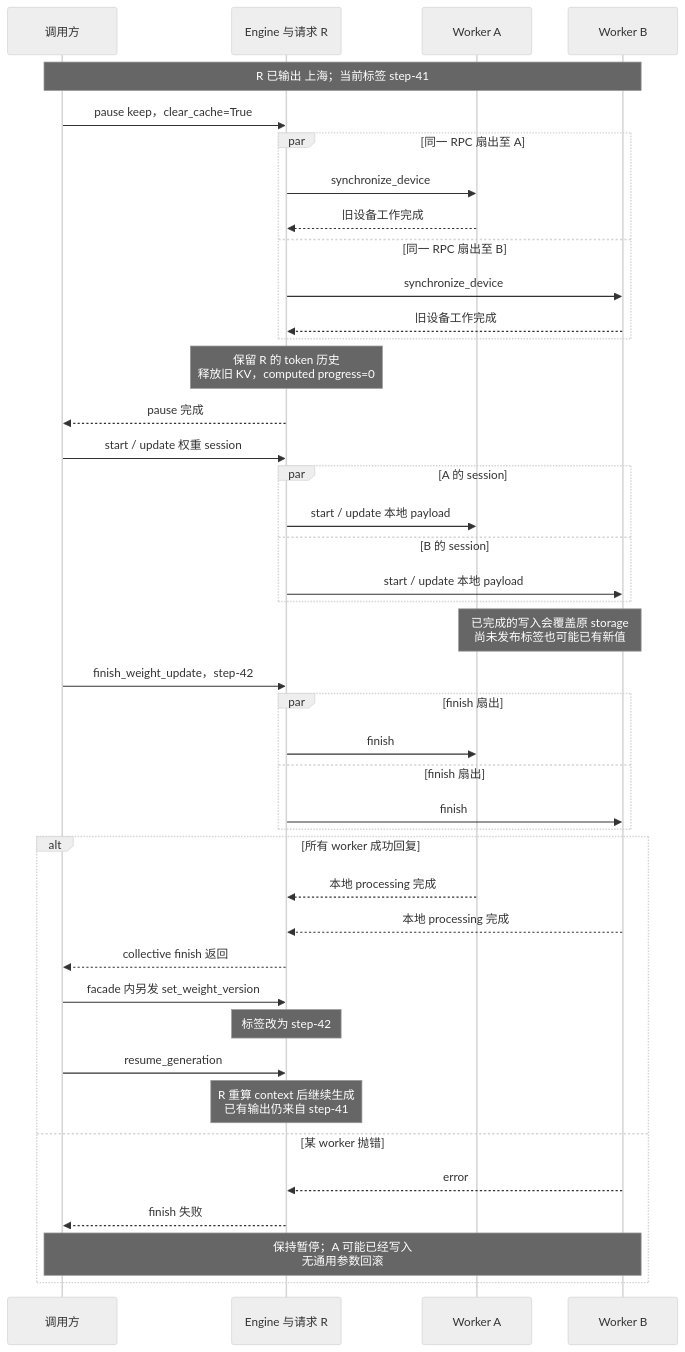
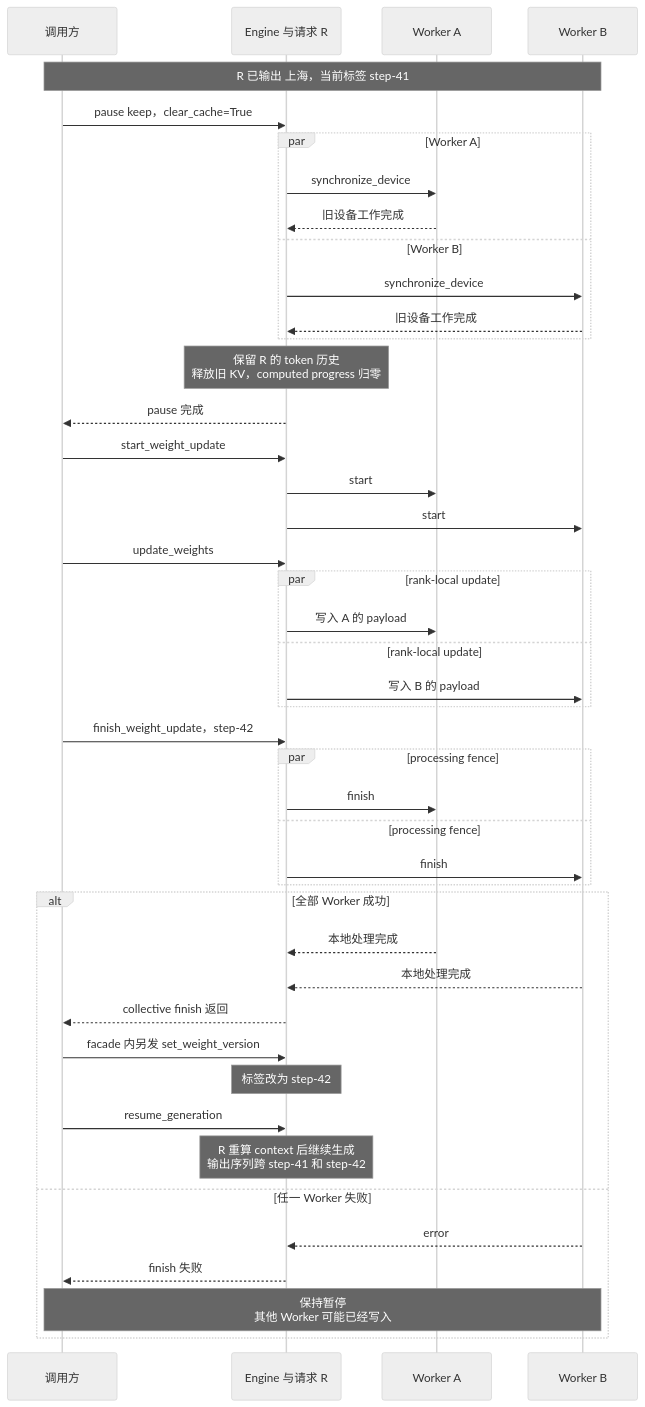
The first of 3 diagrams in wiki/02_engineering/03_infer_frameworks/vllm/25_vllm_weight_transfer_online_update_analysis.md (suhaibo666/llm-knowledge), drawn with Mermaid (neutral theme) before and after one commit. The commit also changed other lines of this file and 11 other files, not shown here.

````diff
--- a/wiki/02_engineering/03_infer_frameworks/vllm/25_vllm_weight_transfer_online_update_analysis.md
+++ b/wiki/02_engineering/03_infer_frameworks/vllm/25_vllm_weight_transfer_online_update_analysis.md
@@ -57,44 +80,46 @@
 ```mermaid
 sequenceDiagram
-  participant C as 调用方
-  participant E as Engine 与请求 R
-  participant A as Worker A
-  participant B as Worker B
-  Note over C,B: R 已输出 上海；当前标签 step-41
-  C->>E: pause keep，clear_cache=True
-  par 同一 RPC 扇出至 A
-    E->>A: synchronize_device
-    A-->>E: 旧设备工作完成
-  and 同一 RPC 扇出至 B
-    E->>B: synchronize_device
-    B-->>E: 旧设备工作完成
-  end
-  Note over E: 保留 R 的 token 历史<br/>释放旧 KV，computed progress=0
-  E-->>C: pause 完成
-  C->>E: start / update 权重 session
-  par A 的 session
-    E->>A: start / update 本地 payload
-  and B 的 session
-    E->>B: start / update 本地 payload
-  end
-  Note over A,B: 已完成的写入会覆盖原 storage<br/>尚未发布标签也可能已有新值
-  C->>E: finish_weight_update，step-42
-  par finish 扇出
-    E->>A: finish
-  and finish 扇出
-    E->>B: finish
-  end
-  alt 所有 worker 成功回复
-    A-->>E: 本地 processing 完成
-    B-->>E: 本地 processing 完成
-    E-->>C: collective finish 返回
-    C->>E: facade 内另发 set_weight_version
-    Note over E: 标签改为 step-42
-    C->>E: resume_generation
-    Note over E: R 重算 context 后继续生成<br/>已有输出仍来自 step-41
-  else 某 worker 抛错
-    B-->>E: error
-    E-->>C: finish 失败
-    Note over C,B: 保持暂停；A 可能已经写入<br/>无通用参数回滚
-  end
+    participant C as 调用方
+    participant E as Engine 与请求 R
+    participant A as Worker A
+    participant B as Worker B
+    Note over C,B: R 已输出 上海，当前标签 step-41
+    C->>E: pause keep，clear_cache=True
+    par Worker A
+        E->>A: synchronize_device
+        A-->>E: 旧设备工作完成
+    and Worker B
+        E->>B: synchronize_device
+        B-->>E: 旧设备工作完成
+    end
+    Note over E: 保留 R 的 token 历史<br/>释放旧 KV，computed progress 归零
+    E-->>C: pause 完成
+    C->>E: start_weight_update
+    E->>A: start
+    E->>B: start
+    C->>E: update_weights
+    par rank-local update
+        E->>A: 写入 A 的 payload
+    and rank-local update
+        E->>B: 写入 B 的 payload
+    end
+    C->>E: finish_weight_update，step-42
+    par processing fence
+        E->>A: finish
+    and processing fence
+        E->>B: finish
+    end
+    alt 全部 Worker 成功
+        A-->>E: 本地处理完成
+        B-->>E: 本地处理完成
+        E-->>C: collective finish 返回
+        C->>E: facade 内另发 set_weight_version
+        Note over E: 标签改为 step-42
+        C->>E: resume_generation
+        Note over E: R 重算 context 后继续生成<br/>输出序列跨 step-41 和 step-42
+    else 任一 Worker 失败
+        B-->>E: error
+        E-->>C: finish 失败
+        Note over C,B: 保持暂停<br/>其他 Worker 可能已经写入
+    end
 ```
````
